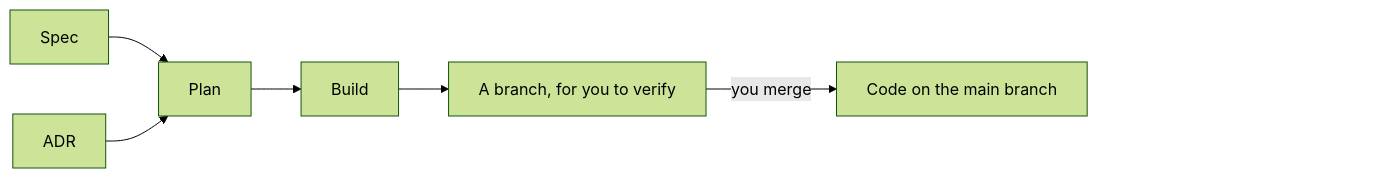
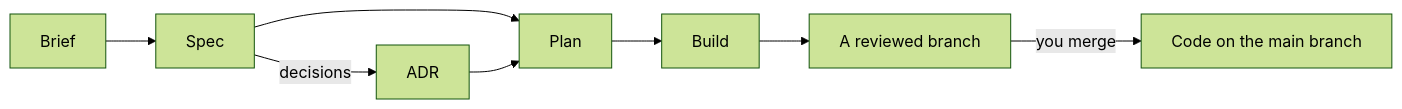
One commit to michaelmarconi/agentic-engineering changed the diagram in README.md. Above: the diagram before and after it, drawn with Mermaid (forest theme). The commit also changed other lines of this file, not shown here.

````diff
--- a/README.md
+++ b/README.md
@@ -136,10 +98,10 @@
 ```mermaid
 flowchart LR
+    Brief --> Spec
+    Spec -->|decisions| ADR
     Spec --> Plan
     ADR --> Plan
     Plan --> Build
-    Build --> Branch[A branch, for you to verify]
+    Build --> Branch[A reviewed branch]
     Branch -->|you merge| Code[Code on the main branch]
-    Code ~~~ Pad["#nbsp;#nbsp;#nbsp;#nbsp;#nbsp;#nbsp;#nbsp;#nbsp;#nbsp;#nbsp;#nbsp;#nbsp;#nbsp;#nbsp;#nbsp;#nbsp;#nbsp;#nbsp;#nbsp;#nbsp;#nbsp;#nbsp;#nbsp;#nbsp;#nbsp;#nbsp;#nbsp;#nbsp;#nbsp;#nbsp;#nbsp;#nbsp;#nbsp;#nbsp;#nbsp;#nbsp;#nbsp;#nbsp;#nbsp;#nbsp;"]
-    style Pad fill:none,stroke:none
 ```
````
